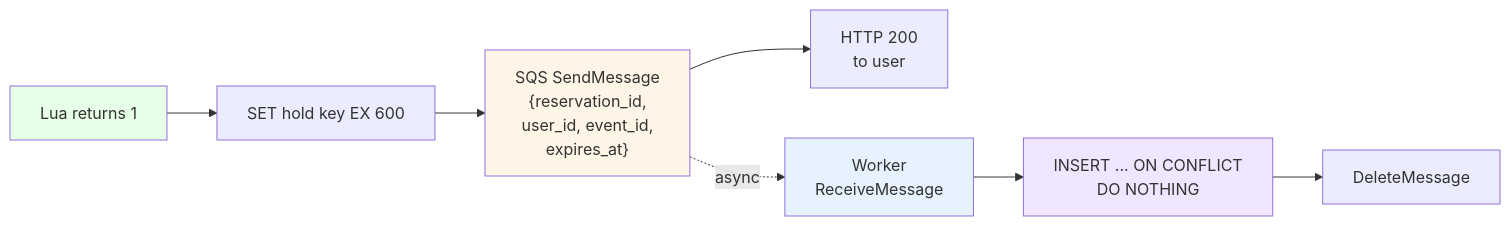
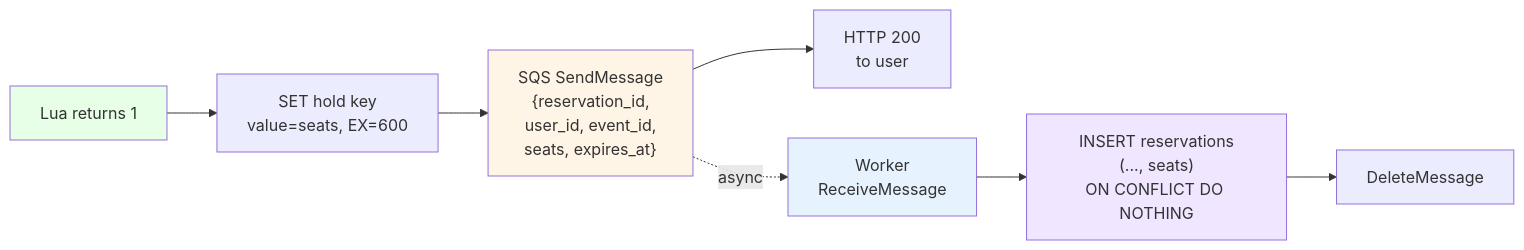
One commit to emmitt-k/ticket-deal changed the fifth of 11 diagrams in docs/architecture.md. Above: the diagram before and after it, drawn with Mermaid. The commit also changed other lines of this file, not shown here.

First line of the commit message:
docs: rewrite architecture.md — refresh for Phases 5/6/7 + add File-by-File Reference

````diff
--- a/docs/architecture.md
+++ b/docs/architecture.md
@@ -281,14 +328,14 @@
 ```mermaid
 graph LR
-    A["Lua returns 1"] --> B["SET hold key EX 600"]
-    B --> C["SQS SendMessage<br/>{reservation_id,<br/>user_id, event_id,<br/>expires_at}"]
+    A["Lua returns 1"] --> B["SET hold key<br/>value=seats, EX=600"]
+    B --> C["SQS SendMessage<br/>{reservation_id,<br/>user_id, event_id,<br/>seats, expires_at}"]
     C --> D["HTTP 200<br/>to user"]
     C -.->|"async"| E["Worker<br/>ReceiveMessage"]
-    E --> F["INSERT ... ON CONFLICT<br/>DO NOTHING"]
+    E --> F["INSERT reservations<br/>(..., seats)<br/>ON CONFLICT DO NOTHING"]
     F --> G["DeleteMessage"]
 
     style A fill:#e6ffe6
     style C fill:#fff5e6
     style E fill:#e6f3ff
     style F fill:#f0e6ff
 ```
````
